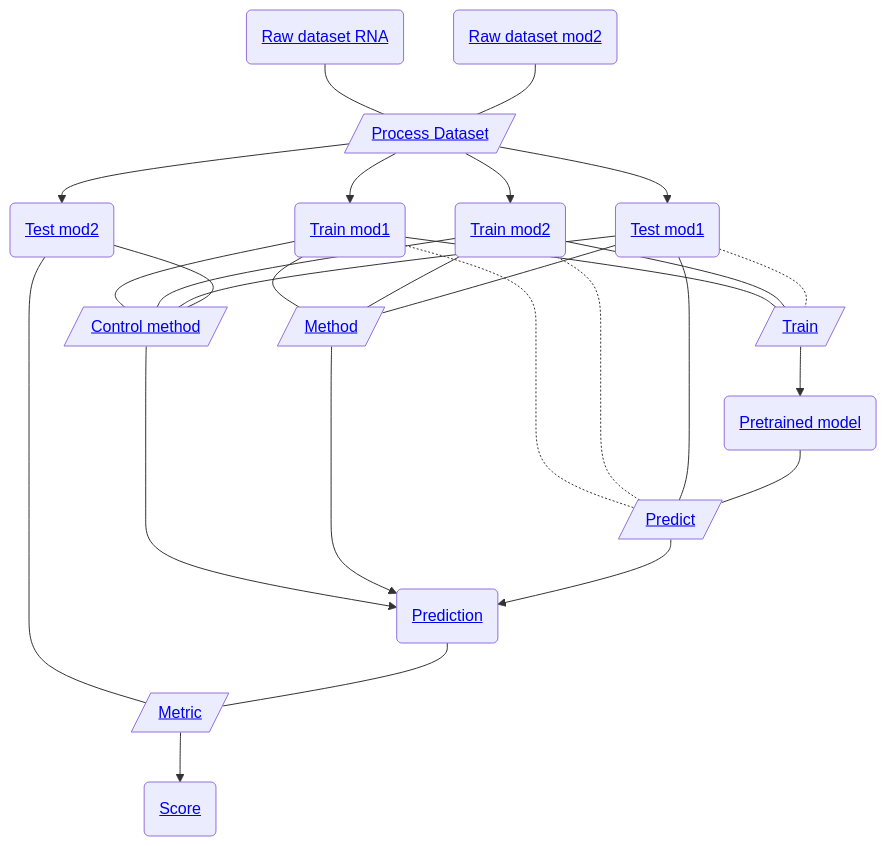
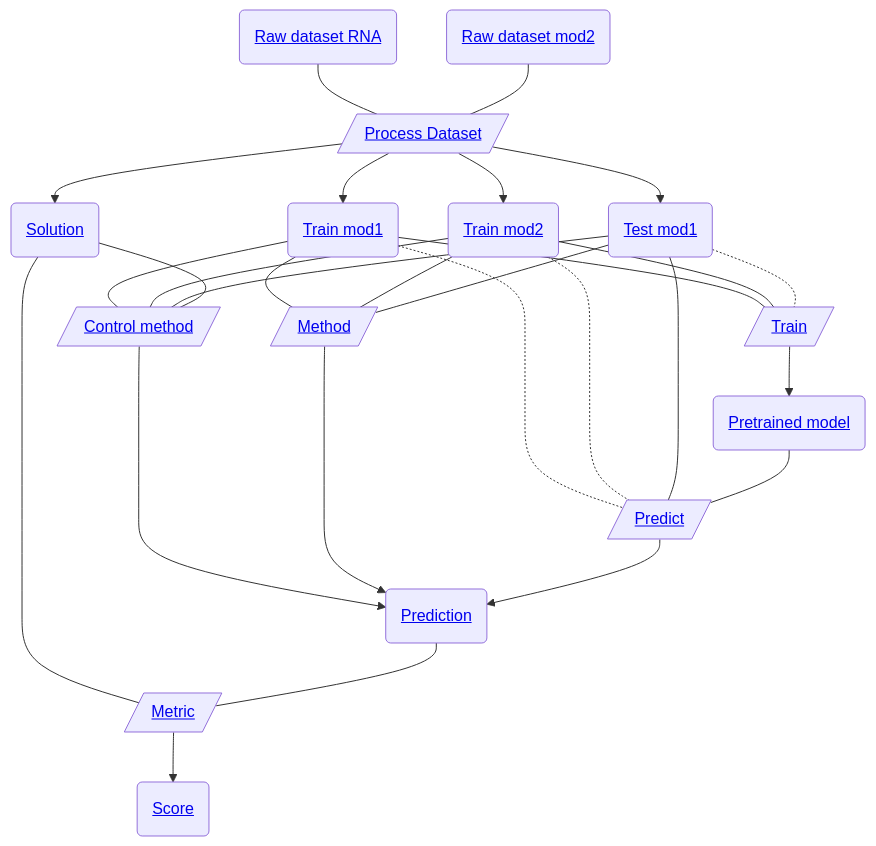
Before and after one commit to openproblems-bio/task_predict_modality: the diagram in README.md, drawn with Mermaid. The commit also changed other lines of this file and 2 other files, not shown here.

First line of the commit message:
label file_test_mod2 as the solution (#49)

````diff
--- a/README.md
+++ b/README.md
@@ -50,45 +50,45 @@
 ``` mermaid
 flowchart TB
   file_common_dataset_mod1("<a href='https://github.com/openproblems-bio/task_predict_modality#file-format-raw-dataset-rna'>Raw dataset RNA</a>")
   comp_process_datasets[/"<a href='https://github.com/openproblems-bio/task_predict_modality#component-type-process-dataset'>Process Dataset</a>"/]
   file_train_mod1("<a href='https://github.com/openproblems-bio/task_predict_modality#file-format-train-mod1'>Train mod1</a>")
   file_train_mod2("<a href='https://github.com/openproblems-bio/task_predict_modality#file-format-train-mod2'>Train mod2</a>")
   file_test_mod1("<a href='https://github.com/openproblems-bio/task_predict_modality#file-format-test-mod1'>Test mod1</a>")
-  file_test_mod2("<a href='https://github.com/openproblems-bio/task_predict_modality#file-format-test-mod2'>Test mod2</a>")
+  file_test_mod2("<a href='https://github.com/openproblems-bio/task_predict_modality#file-format-solution'>Solution</a>")
   comp_control_method[/"<a href='https://github.com/openproblems-bio/task_predict_modality#component-type-control-method'>Control method</a>"/]
   comp_method[/"<a href='https://github.com/openproblems-bio/task_predict_modality#component-type-method'>Method</a>"/]
   comp_method_predict[/"<a href='https://github.com/openproblems-bio/task_predict_modality#component-type-predict'>Predict</a>"/]
   comp_method_train[/"<a href='https://github.com/openproblems-bio/task_predict_modality#component-type-train'>Train</a>"/]
   comp_metric[/"<a href='https://github.com/openproblems-bio/task_predict_modality#component-type-metric'>Metric</a>"/]
   file_prediction("<a href='https://github.com/openproblems-bio/task_predict_modality#file-format-prediction'>Prediction</a>")
   file_pretrained_model("<a href='https://github.com/openproblems-bio/task_predict_modality#file-format-pretrained-model'>Pretrained model</a>")
   file_score("<a href='https://github.com/openproblems-bio/task_predict_modality#file-format-score'>Score</a>")
   file_common_dataset_mod2("<a href='https://github.com/openproblems-bio/task_predict_modality#file-format-raw-dataset-mod2'>Raw dataset mod2</a>")
   file_common_dataset_mod1---comp_process_datasets
   comp_process_datasets-->file_train_mod1
   comp_process_datasets-->file_train_mod2
   comp_process_datasets-->file_test_mod1
   comp_process_datasets-->file_test_mod2
   file_train_mod1---comp_control_method
   file_train_mod1---comp_method
   file_train_mod1-.-comp_method_predict
   file_train_mod1---comp_method_train
   file_train_mod2---comp_control_method
   file_train_mod2---comp_method
   file_train_mod2-.-comp_method_predict
   file_train_mod2---comp_method_train
   file_test_mod1---comp_control_method
   file_test_mod1---comp_method
   file_test_mod1---comp_method_predict
   file_test_mod1-.-comp_method_train
   file_test_mod2---comp_control_method
   file_test_mod2---comp_metric
   comp_control_method-->file_prediction
   comp_method-->file_prediction
   comp_method_predict-->file_prediction
   comp_method_train-->file_pretrained_model
   comp_metric-->file_score
   file_prediction---comp_metric
   file_pretrained_model---comp_method_predict
   file_common_dataset_mod2---comp_process_datasets
 ```
````
